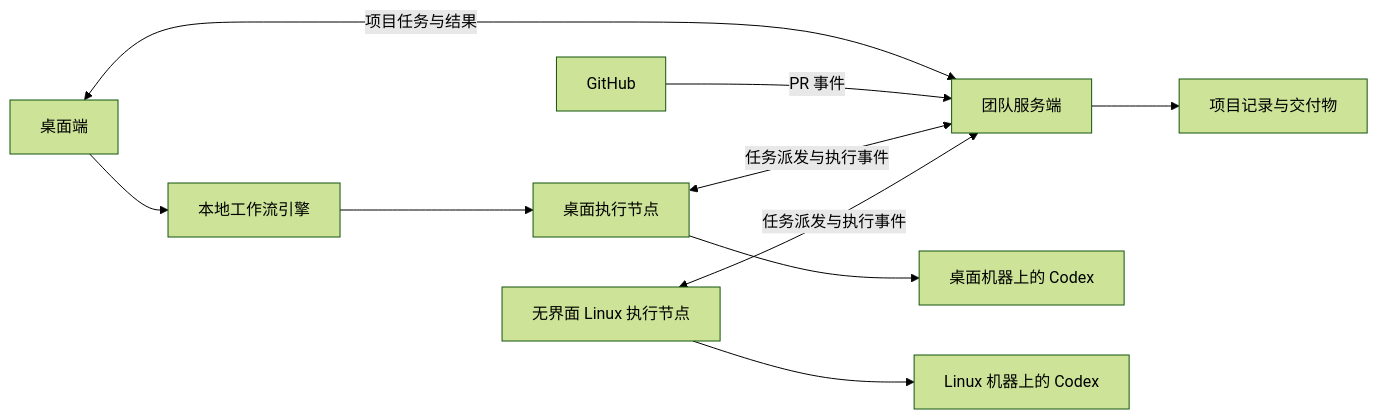
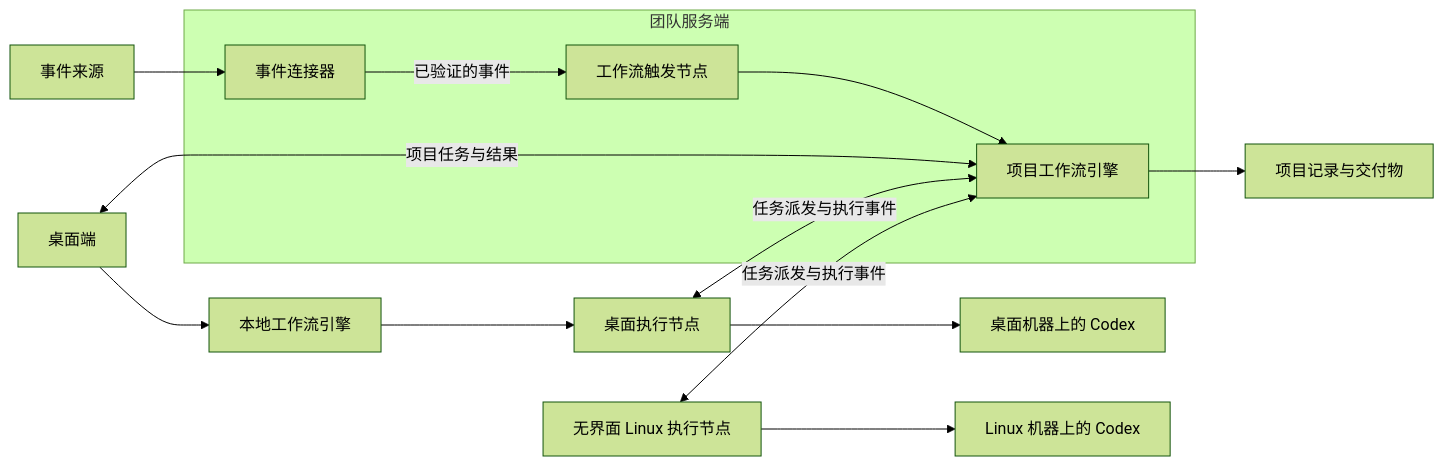
One commit to vanga999/meshwork changed the diagram in docs/design.zh-CN.md. Above: the diagram before and after it, drawn with Mermaid (forest theme). The commit also changed other lines of this file and 3 other files, not shown here.

````diff
--- a/docs/design.zh-CN.md
+++ b/docs/design.zh-CN.md
@@ -35,12 +36,16 @@
 ```mermaid
 flowchart LR
     Desktop[桌面端] --> Local[本地工作流引擎]
     Local --> DesktopRunner[桌面执行节点]
-    Desktop <-->|项目任务与结果| Team[团队服务端]
-    GitHub[GitHub] -->|PR 事件| Team
-    DesktopRunner <-->|任务派发与执行事件| Team
-    LinuxRunner[无界面 Linux 执行节点] <-->|任务派发与执行事件| Team
+    subgraph Team[团队服务端]
+        Connectors[事件连接器] -->|已验证的事件| Triggers[工作流触发节点]
+        Triggers --> ProjectWork[项目工作流引擎]
+    end
+    Desktop <-->|项目任务与结果| ProjectWork
+    Sources[事件来源] --> Connectors
+    DesktopRunner <-->|任务派发与执行事件| ProjectWork
+    LinuxRunner[无界面 Linux 执行节点] <-->|任务派发与执行事件| ProjectWork
     DesktopRunner --> DesktopCodex[桌面机器上的 Codex]
     LinuxRunner --> LinuxCodex[Linux 机器上的 Codex]
-    Team --> Store[项目记录与交付物]
+    ProjectWork --> Store[项目记录与交付物]
 ```
````
